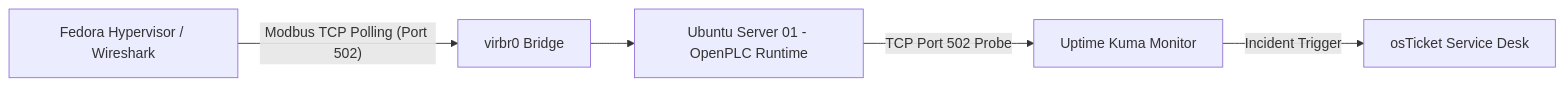
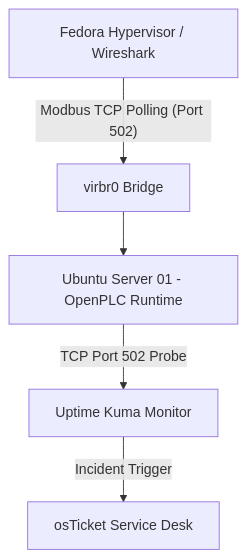
The diagram in docs/ot-telemetry-openplc-modbus.md (packet-lab-ops/homelab-docs), drawn with Mermaid before and after one commit.

Commit message:
Revise flowchart direction in telemetry documentation
Updated flowchart direction and syntax for clarity.

````diff
--- a/docs/ot-telemetry-openplc-modbus.md
+++ b/docs/ot-telemetry-openplc-modbus.md
@@ -10,7 +10,8 @@
 ```mermaid
-flowchart LR
-    A[Fedora Hypervisor / Wireshark] -- "Modbus TCP Polling (Port 502)" --> B[virbr0 Bridge]
+flowchart TD
+    A[Fedora Hypervisor / Wireshark] -->|"Modbus TCP Polling (Port 502)"| B[virbr0 Bridge]
     B --> C[Ubuntu Server 01 - OpenPLC Runtime]
-    C -- "TCP Port 502 Probe" --> D[Uptime Kuma Monitor]
-    D -- "Incident Trigger" --> E[osTicket Service Desk]
+    C -->|"TCP Port 502 Probe"| D[Uptime Kuma Monitor]
+    D -->|"Incident Trigger"| E[osTicket Service Desk]
+
 ```
````
